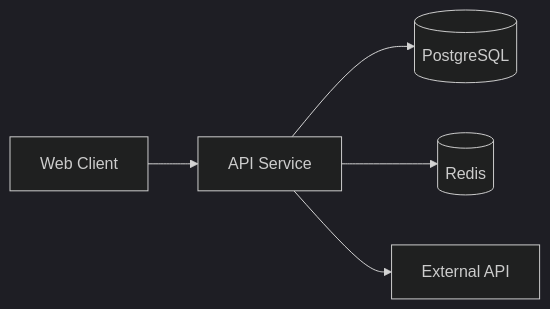
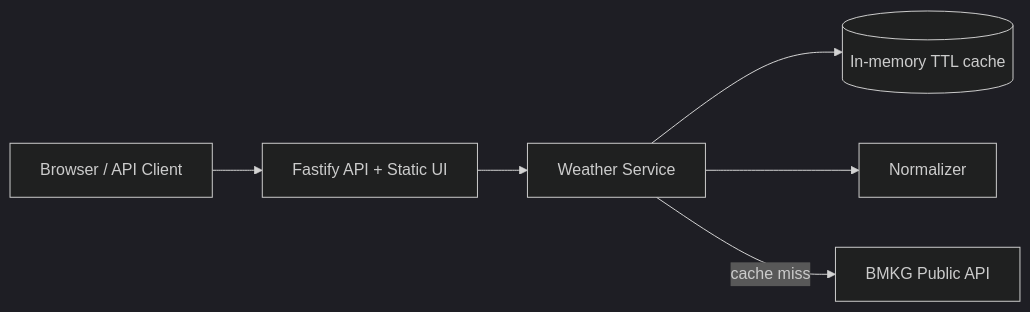
One commit to akbartrii/portofolio-template changed the diagram in README.md. Above: the diagram before and after it, drawn with Mermaid (dark theme). The commit also changed other lines of this file and 26 other files, not shown here.

````diff
--- a/README.md
+++ b/README.md
@@ -23,7 +31,8 @@
 ```mermaid
 flowchart LR
-    Client[Web Client] --> API[API Service]
-    API --> DB[(PostgreSQL)]
-    API --> Cache[(Redis)]
-    API --> Ext[External API]
+    Client[Browser / API Client] --> API[Fastify API + Static UI]
+    API --> Service[Weather Service]
+    Service --> Cache[(In-memory TTL cache)]
+    Service --> Normalizer[Normalizer]
+    Service -->|cache miss| BMKG[BMKG Public API]
 ```
````
